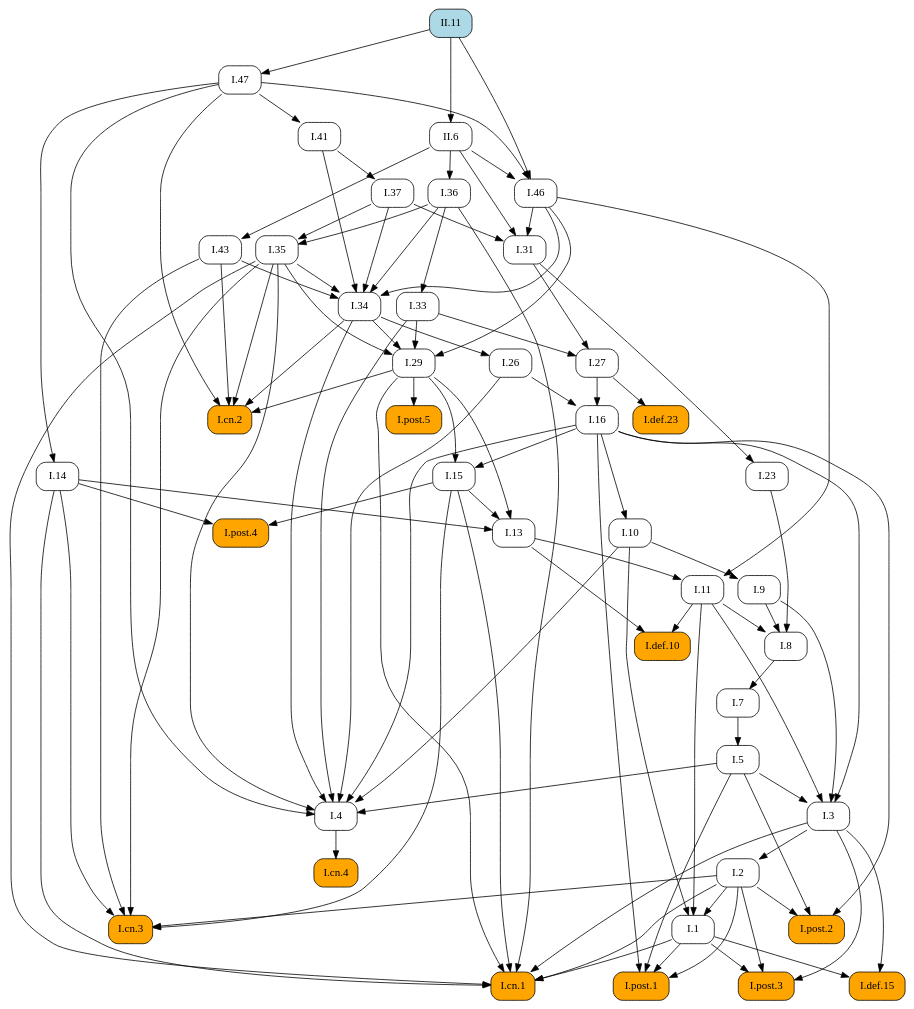
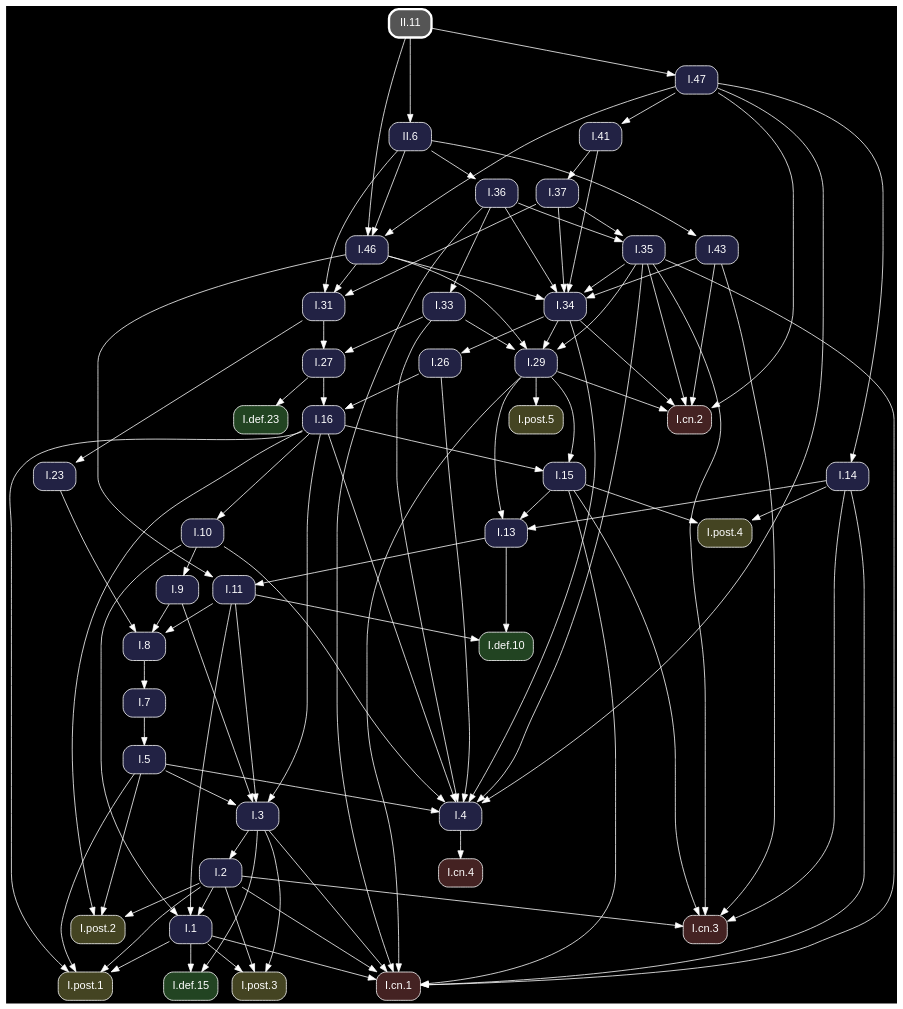
Before and after one commit to geometor/elements: the diagram in docsrc/heath/II/11/index.rst, drawn with Graphviz. The commit also changed other lines of this file and 1200 other files, not shown here.

Commit message:
update dependency graphs

```diff
--- a/docsrc/heath/II/11/index.rst
+++ b/docsrc/heath/II/11/index.rst
@@ -85,85 +85,59 @@
 .. graphviz::
 
    digraph {
+     bgcolor="black";
+     node [shape=box, style="rounded,filled", fontname="Helvetica", color="white", fontcolor="white"];
+     edge [color="white", fontcolor="white"];
      rankdir="TB";
-     node [shape=box, style=rounded];
-     "I.23" [URL="/heath/I/23/", target="_top"];
-     "I.9" [URL="/heath/I/9/", target="_top"];
-     "I.33" [URL="/heath/I/33/", target="_top"];
-     "I.def.15" [style="rounded,filled", fillcolor=orange, URL="/heath/I/def.15/", target="_top"];
-     "I.47" [URL="/heath/I/47/", target="_top"];
-     "II.6" [URL="/heath/II/6/", target="_top"];
-     "I.post.3" [style="rounded,filled", fillcolor=orange, URL="/heath/I/post.3/", target="_top"];
-     "I.post.1" [style="rounded,filled", fillcolor=orange, URL="/heath/I/post.1/", target="_top"];
-     "I.43" [URL="/heath/I/43/", target="_top"];
-     "I.31" [URL="/heath/I/31/", target="_top"];
-     "I.def.10" [style="rounded,filled", fillcolor=orange, URL="/heath/I/def.10/", target="_top"];
-     "I.27" [URL="/heath/I/27/", target="_top"];
-     "I.14" [URL="/heath/I/14/", target="_top"];
-     "I.34" [URL="/heath/I/34/", target="_top"];
-     "I.3" [URL="/heath/I/3/", target="_top"];
-     "I.35" [URL="/heath/I/35/", target="_top"];
-     "I.cn.1" [style="rounded,filled", fillcolor=orange, URL="/heath/I/cn.1/", target="_top"];
-     "I.7" [URL="/heath/I/7/", target="_top"];
-     "I.2" [URL="/heath/I/2/", target="_top"];
-     "I.36" [URL="/heath/I/36/", target="_top"];
-     "I.13" [URL="/heath/I/13/", target="_top"];
-     "I.post.4" [style="rounded,filled", fillcolor=orange, URL="/heath/I/post.4/", target="_top"];
-     "I.4" [URL="/heath/I/4/", target="_top"];
-     "I.1" [URL="/heath/I/1/", target="_top"];
-     "I.5" [URL="/heath/I/5/", target="_top"];
-     "I.8" [URL="/heath/I/8/", target="_top"];
-     "I.37" [URL="/heath/I/37/", target="_top"];
-     "I.29" [URL="/heath/I/29/", target="_top"];
-     "I.cn.3" [style="rounded,filled", fillcolor=orange, URL="/heath/I/cn.3/", target="_top"];
-     "I.16" [URL="/heath/I/16/", target="_top"];
-     "I.15" [URL="/heath/I/15/", target="_top"];
-     "I.10" [URL="/heath/I/10/", target="_top"];
-     "I.11" [URL="/heath/I/11/", target="_top"];
-     "I.def.23" [style="rounded,filled", fillcolor=orange, URL="/heath/I/def.23/", target="_top"];
-     "II.11" [style="rounded,filled", fillcolor=lightblue, URL="/heath/II/11/", target="_top"];
-     "I.cn.2" [style="rounded,filled", fillcolor=orange, URL="/heath/I/cn.2/", target="_top"];
-     "I.post.5" [style="rounded,filled", fillcolor=orange, URL="/heath/I/post.5/", target="_top"];
-     "I.cn.4" [style="rounded,filled", fillcolor=orange, URL="/heath/I/cn.4/", target="_top"];
-     "I.41" [URL="/heath/I/41/", target="_top"];
-     "I.post.2" [style="rounded,filled", fillcolor=orange, URL="/heath/I/post.2/", target="_top"];
-     "I.46" [URL="/heath/I/46/", target="_top"];
-     "I.26" [URL="/heath/I/26/", target="_top"];
-     "I.31" -> "I.23";
-     "I.10" -> "I.9";
-     "I.36" -> "I.33";
-     "I.1" -> "I.def.15";
-     "I.3" -> "I.def.15";
-     "II.11" -> "I.47";
-     "II.11" -> "II.6";
-     "I.1" -> "I.post.3";
-     "I.2" -> "I.post.3";
-     "I.3" -> "I.post.3";
-     "I.1" -> "I.post.1";
-     "I.2" -> "I.post.1";
-     "I.5" -> "I.post.1";
-     "I.16" -> "I.post.1";
-     "II.6" -> "I.43";
+     "I.31" [fillcolor="#222244", URL="/heath/I/31/", target="_top"];
+     "I.3" [fillcolor="#222244", URL="/heath/I/3/", target="_top"];
+     "I.cn.1" [fillcolor="#442222", URL="/heath/I/cn.1/", target="_top"];
+     "I.def.10" [fillcolor="#224422", URL="/heath/I/def.10/", target="_top"];
+     "I.15" [fillcolor="#222244", URL="/heath/I/15/", target="_top"];
+     "I.13" [fillcolor="#222244", URL="/heath/I/13/", target="_top"];
+     "I.27" [fillcolor="#222244", URL="/heath/I/27/", target="_top"];
+     "I.2" [fillcolor="#222244", URL="/heath/I/2/", target="_top"];
+     "I.41" [fillcolor="#222244", URL="/heath/I/41/", target="_top"];
+     "I.cn.2" [fillcolor="#442222", URL="/heath/I/cn.2/", target="_top"];
+     "I.9" [fillcolor="#222244", URL="/heath/I/9/", target="_top"];
+     "I.43" [fillcolor="#222244", URL="/heath/I/43/", target="_top"];
+     "II.6" [fillcolor="#222244", URL="/heath/II/6/", target="_top"];
+     "I.1" [fillcolor="#222244", URL="/heath/I/1/", target="_top"];
+     "I.post.5" [fillcolor="#444422", URL="/heath/I/post.5/", target="_top"];
+     "I.post.4" [fillcolor="#444422", URL="/heath/I/post.4/", target="_top"];
+     "I.23" [fillcolor="#222244", URL="/heath/I/23/", target="_top"];
+     "I.26" [fillcolor="#222244", URL="/heath/I/26/", target="_top"];
+     "I.8" [fillcolor="#222244", URL="/heath/I/8/", target="_top"];
+     "I.4" [fillcolor="#222244", URL="/heath/I/4/", target="_top"];
+     "I.7" [fillcolor="#222244", URL="/heath/I/7/", target="_top"];
+     "II.11" [penwidth=3, color="white", fillcolor="#555555", URL="/heath/II/11/", target="_top"];
+     "I.5" [fillcolor="#222244", URL="/heath/I/5/", target="_top"];
+     "I.10" [fillcolor="#222244", URL="/heath/I/10/", target="_top"];
+     "I.46" [fillcolor="#222244", URL="/heath/I/46/", target="_top"];
+     "I.post.1" [fillcolor="#444422", URL="/heath/I/post.1/", target="_top"];
+     "I.11" [fillcolor="#222244", URL="/heath/I/11/", target="_top"];
+     "I.37" [fillcolor="#222244", URL="/heath/I/37/", target="_top"];
+     "I.16" [fillcolor="#222244", URL="/heath/I/16/", target="_top"];
+     "I.cn.3" [fillcolor="#442222", URL="/heath/I/cn.3/", target="_top"];
+     "I.36" [fillcolor="#222244", URL="/heath/I/36/", target="_top"];
+     "I.29" [fillcolor="#222244", URL="/heath/I/29/", target="_top"];
+     "I.post.2" [fillcolor="#444422", URL="/heath/I/post.2/", target="_top"];
+     "I.cn.4" [fillcolor="#442222", URL="/heath/I/cn.4/", target="_top"];
+     "I.47" [fillcolor="#222244", URL="/heath/I/47/", target="_top"];
+     "I.14" [fillcolor="#222244", URL="/heath/I/14/", target="_top"];
+     "I.35" [fillcolor="#222244", URL="/heath/I/35/", target="_top"];
+     "I.def.23" [fillcolor="#224422", URL="/heath/I/def.23/", target="_top"];
+     "I.post.3" [fillcolor="#444422", URL="/heath/I/post.3/", target="_top"];
+     "I.33" [fillcolor="#222244", URL="/heath/I/33/", target="_top"];
+     "I.34" [fillcolor="#222244", URL="/heath/I/34/", target="_top"];
+     "I.def.15" [fillcolor="#224422", URL="/heath/I/def.15/", target="_top"];
      "I.37" -> "I.31";
      "I.46" -> "I.31";
      "II.6" -> "I.31";
-     "I.11" -> "I.def.10";
-     "I.13" -> "I.def.10";
-     "I.31" -> "I.27";
-     "I.33" -> "I.27";
-     "I.47" -> "I.14";
-     "I.35" -> "I.34";
-     "I.36" -> "I.34";
-     "I.37" -> "I.34";
-     "I.41" -> "I.34";
-     "I.43" -> "I.34";
-     "I.46" -> "I.34";
      "I.5" -> "I.3";
      "I.9" -> "I.3";
      "I.11" -> "I.3";
      "I.16" -> "I.3";
-     "I.36" -> "I.35";
-     "I.37" -> "I.35";
      "I.1" -> "I.cn.1";
      "I.2" -> "I.cn.1";
      "I.3" -> "I.cn.1";
@@ -172,14 +146,36 @@
      "I.29" -> "I.cn.1";
      "I.35" -> "I.cn.1";
      "I.36" -> "I.cn.1";
-     "I.8" -> "I.7";
-     "I.3" -> "I.2";
-     "II.6" -> "I.36";
+     "I.11" -> "I.def.10";
+     "I.13" -> "I.def.10";
+     "I.16" -> "I.15";
+     "I.29" -> "I.15";
      "I.14" -> "I.13";
      "I.15" -> "I.13";
      "I.29" -> "I.13";
+     "I.31" -> "I.27";
+     "I.33" -> "I.27";
+     "I.3" -> "I.2";
+     "I.47" -> "I.41";
+     "I.29" -> "I.cn.2";
+     "I.34" -> "I.cn.2";
+     "I.35" -> "I.cn.2";
+     "I.43" -> "I.cn.2";
+     "I.47" -> "I.cn.2";
+     "I.10" -> "I.9";
+     "II.6" -> "I.43";
+     "II.11" -> "II.6";
+     "I.2" -> "I.1";
+     "I.10" -> "I.1";
+     "I.11" -> "I.1";
+     "I.29" -> "I.post.5";
      "I.14" -> "I.post.4";
      "I.15" -> "I.post.4";
+     "I.31" -> "I.23";
+     "I.34" -> "I.26";
+     "I.9" -> "I.8";
+     "I.11" -> "I.8";
+     "I.23" -> "I.8";
      "I.5" -> "I.4";
      "I.10" -> "I.4";
      "I.16" -> "I.4";
@@ -188,44 +184,50 @@
      "I.34" -> "I.4";
      "I.35" -> "I.4";
      "I.47" -> "I.4";
-     "I.2" -> "I.1";
-     "I.10" -> "I.1";
-     "I.11" -> "I.1";
+     "I.8" -> "I.7";
      "I.7" -> "I.5";
-     "I.9" -> "I.8";
-     "I.11" -> "I.8";
-     "I.23" -> "I.8";
+     "I.16" -> "I.10";
+     "I.47" -> "I.46";
+     "II.6" -> "I.46";
+     "II.11" -> "I.46";
+     "I.1" -> "I.post.1";
+     "I.2" -> "I.post.1";
+     "I.5" -> "I.post.1";
+     "I.16" -> "I.post.1";
+     "I.13" -> "I.11";
+     "I.46" -> "I.11";
      "I.41" -> "I.37";
-     "I.33" -> "I.29";
-     "I.34" -> "I.29";
-     "I.35" -> "I.29";
-     "I.46" -> "I.29";
+     "I.26" -> "I.16";
+     "I.27" -> "I.16";
      "I.2" -> "I.cn.3";
      "I.14" -> "I.cn.3";
      "I.15" -> "I.cn.3";
      "I.35" -> "I.cn.3";
      "I.43" -> "I.cn.3";
-     "I.26" -> "I.16";
-     "I.27" -> "I.16";
-     "I.16" -> "I.15";
-     "I.29" -> "I.15";
-     "I.16" -> "I.10";
-     "I.13" -> "I.11";
-     "I.46" -> "I.11";
-     "I.27" -> "I.def.23";
-     "I.29" -> "I.cn.2";
-     "I.34" -> "I.cn.2";
-     "I.35" -> "I.cn.2";
-     "I.43" -> "I.cn.2";
-     "I.47" -> "I.cn.2";
-     "I.29" -> "I.post.5";
-     "I.4" -> "I.cn.4";
-     "I.47" -> "I.41";
+     "II.6" -> "I.36";
+     "I.33" -> "I.29";
+     "I.34" -> "I.29";
+     "I.35" -> "I.29";
+     "I.46" -> "I.29";
      "I.2" -> "I.post.2";
      "I.5" -> "I.post.2";
      "I.16" -> "I.post.2";
-     "I.47" -> "I.46";
-     "II.6" -> "I.46";
-     "II.11" -> "I.46";
-     "I.34" -> "I.26";
+     "I.4" -> "I.cn.4";
+     "II.11" -> "I.47";
+     "I.47" -> "I.14";
+     "I.36" -> "I.35";
+     "I.37" -> "I.35";
+     "I.27" -> "I.def.23";
+     "I.1" -> "I.post.3";
+     "I.2" -> "I.post.3";
+     "I.3" -> "I.post.3";
+     "I.36" -> "I.33";
+     "I.35" -> "I.34";
+     "I.36" -> "I.34";
+     "I.37" -> "I.34";
+     "I.41" -> "I.34";
+     "I.43" -> "I.34";
+     "I.46" -> "I.34";
+     "I.1" -> "I.def.15";
+     "I.3" -> "I.def.15";
    }
```
